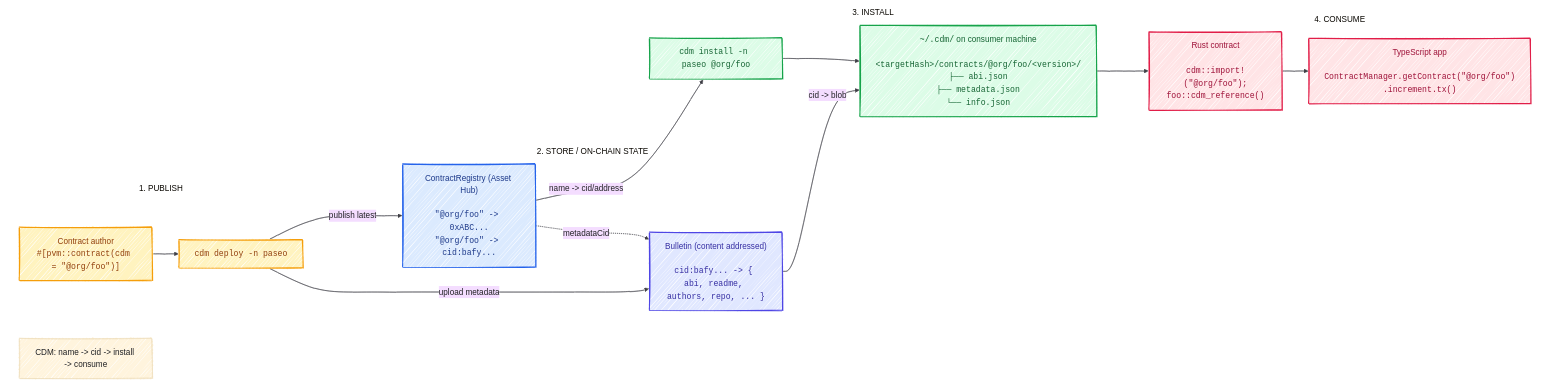
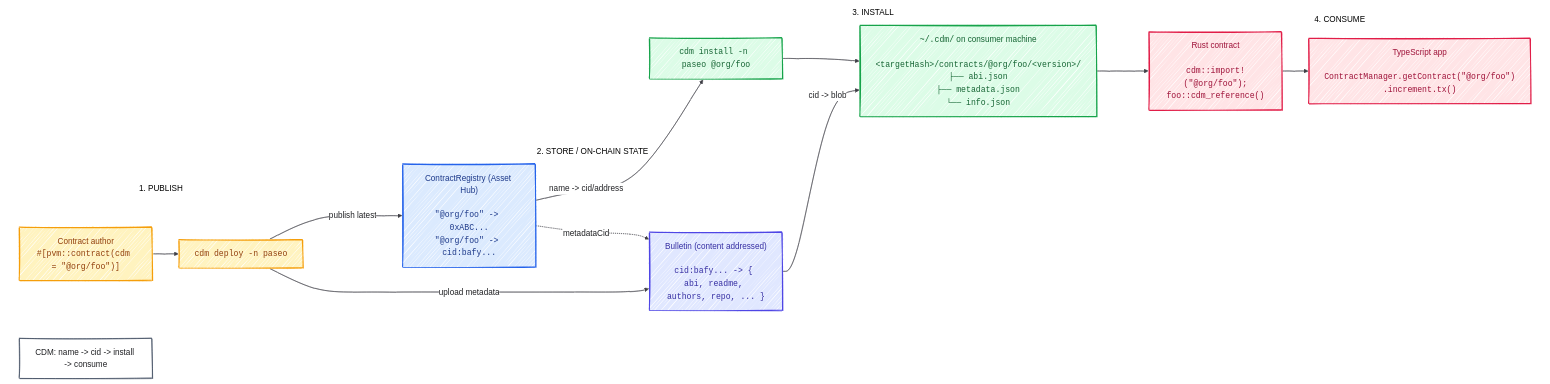
The first of 9 diagrams in specs/cdm-system.md (paritytech/contract-dependency-manager), drawn with Mermaid before and after one commit. The commit also changed other lines of this file, not shown here.

Commit message:
docs: fix cdm system mermaid rendering

````diff
--- a/specs/cdm-system.md
+++ b/specs/cdm-system.md
@@ -11,46 +11,46 @@
 ```mermaid
-%%{init: {"theme": "base", "look": "handDrawn", "flowchart": {"curve": "basis"}, "themeVariables": {"fontFamily": "Virgil, Comic Sans MS, sans-serif", "primaryTextColor": "#202124", "lineColor": "#3f3f46", "clusterBkg": "#ffffff", "clusterBorder": "#ffffff"}}}%%
+%%{init: {"theme": "base", "look": "handDrawn", "flowchart": {"curve": "basis"}, "themeVariables": {"background": "#ffffff", "mainBkg": "#ffffff", "primaryColor": "#ffffff", "primaryTextColor": "#202124", "primaryBorderColor": "#334155", "lineColor": "#3f3f46", "clusterBkg": "#ffffff", "clusterBorder": "#ffffff", "tertiaryColor": "#ffffff", "fontFamily": "Virgil, Comic Sans MS, sans-serif"}}}%%
 flowchart LR
     title["CDM: name -> cid -> install -> consume"]
 
     subgraph publish["1. PUBLISH"]
         author["Contract author<br/><code>#[pvm::contract(cdm = &quot;@org/foo&quot;)]</code>"]
         deploy["<code>cdm deploy -n paseo</code>"]
         author --> deploy
     end
 
     subgraph state["2. STORE / ON-CHAIN STATE"]
         registry["ContractRegistry (Asset Hub)<br/><br/><code>&quot;@org/foo&quot; -> 0xABC...</code><br/><code>&quot;@org/foo&quot; -> cid:bafy...</code>"]
         bulletin["Bulletin (content addressed)<br/><br/><code>cid:bafy... -> { abi, readme, authors, repo, ... }</code>"]
         registry -.->|"metadataCid"| bulletin
     end
 
     subgraph install["3. INSTALL"]
         installCmd["<code>cdm install -n paseo @org/foo</code>"]
         local["<code>~/.cdm/</code> on consumer machine<br/><br/><code>&lt;targetHash&gt;/contracts/@org/foo/&lt;version&gt;/</code><br/><code>├── abi.json</code><br/><code>├── metadata.json</code><br/><code>└── info.json</code>"]
         installCmd --> local
     end
 
     subgraph consume["4. CONSUME"]
         rust["Rust contract<br/><br/><code>cdm::import!(&quot;@org/foo&quot;);</code><br/><code>foo::cdm_reference()</code>"]
         ts["TypeScript app<br/><br/><code>ContractManager.getContract(&quot;@org/foo&quot;)</code><br/><code>.increment.tx()</code>"]
         rust --> ts
     end
 
     deploy -->|"publish latest"| registry
     deploy -->|"upload metadata"| bulletin
     registry -->|"name -> cid/address"| installCmd
     bulletin -->|"cid -> blob"| local
     local --> rust
 
     classDef publishBox fill:#fff3bf,stroke:#f59e0b,stroke-width:2px,color:#92400e;
     classDef stateBox fill:#dbeafe,stroke:#2563eb,stroke-width:2px,color:#1e3a8a;
     classDef bulletinBox fill:#e0e7ff,stroke:#4f46e5,stroke-width:2px,color:#3730a3;
     classDef installBox fill:#dcfce7,stroke:#16a34a,stroke-width:2px,color:#166534;
     classDef consumeBox fill:#ffe4e6,stroke:#e11d48,stroke-width:2px,color:#9f1239;
     class author,deploy publishBox;
     class registry stateBox;
     class bulletin bulletinBox;
     class installCmd,local installBox;
     class rust,ts consumeBox;
 ```
````
